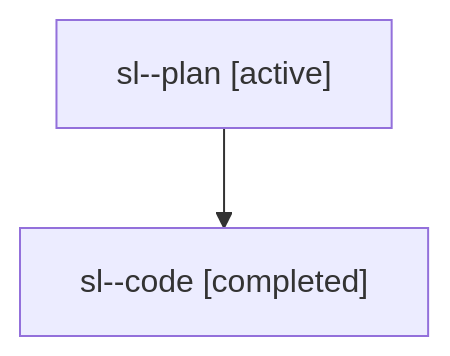
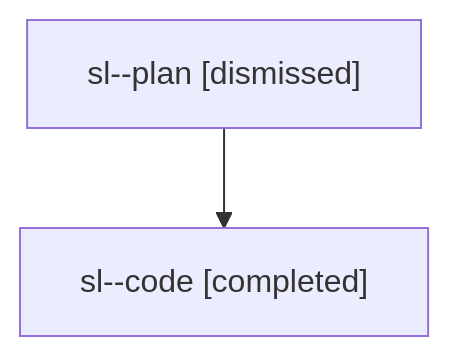
Before and after one commit to sase-org/sase--agents: the diagram in sessions/bbugyi200.athena.sl.md, drawn with Mermaid. The commit also changed other lines of this file and 14 other files, not shown here.

````diff
--- a/sessions/bbugyi200.athena.sl.md
+++ b/sessions/bbugyi200.athena.sl.md
@@ -9,6 +9,6 @@
 ```mermaid
 flowchart TD
-  n0["sl--plan [active]"]
+  n0["sl--plan [dismissed]"]
   n1["sl--code [completed]"]
   n0 --> n1
 ```
````
